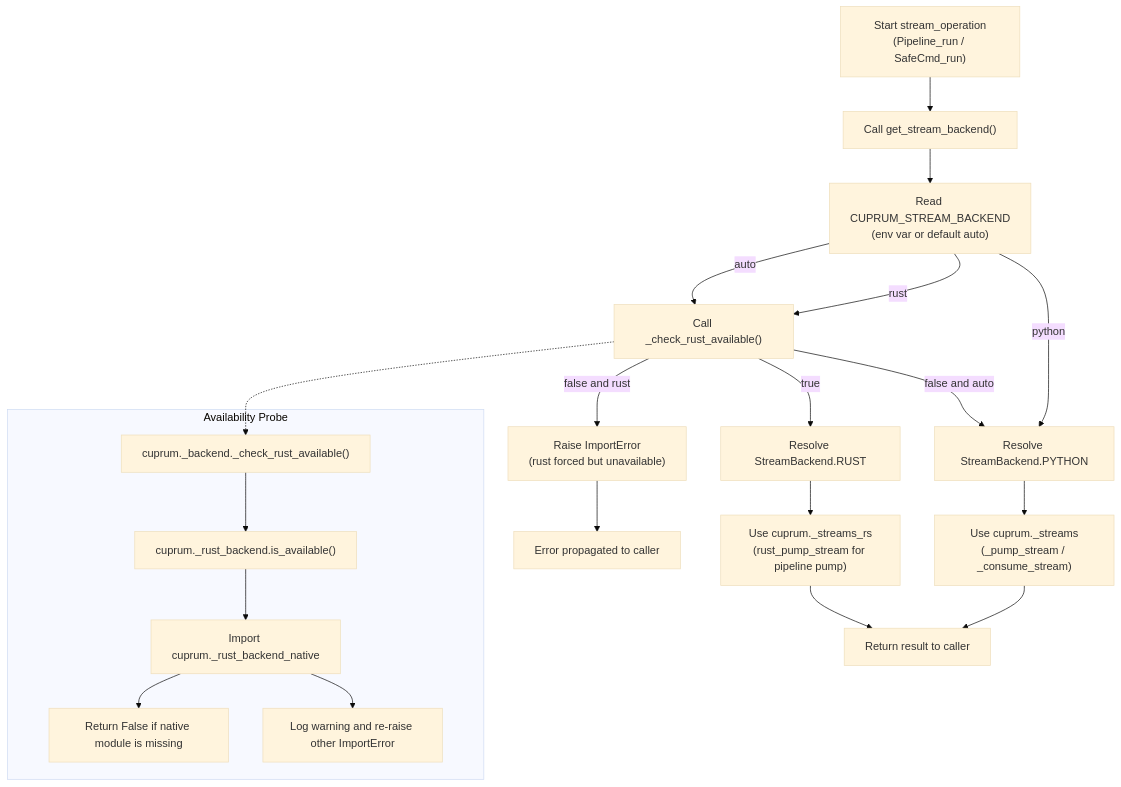
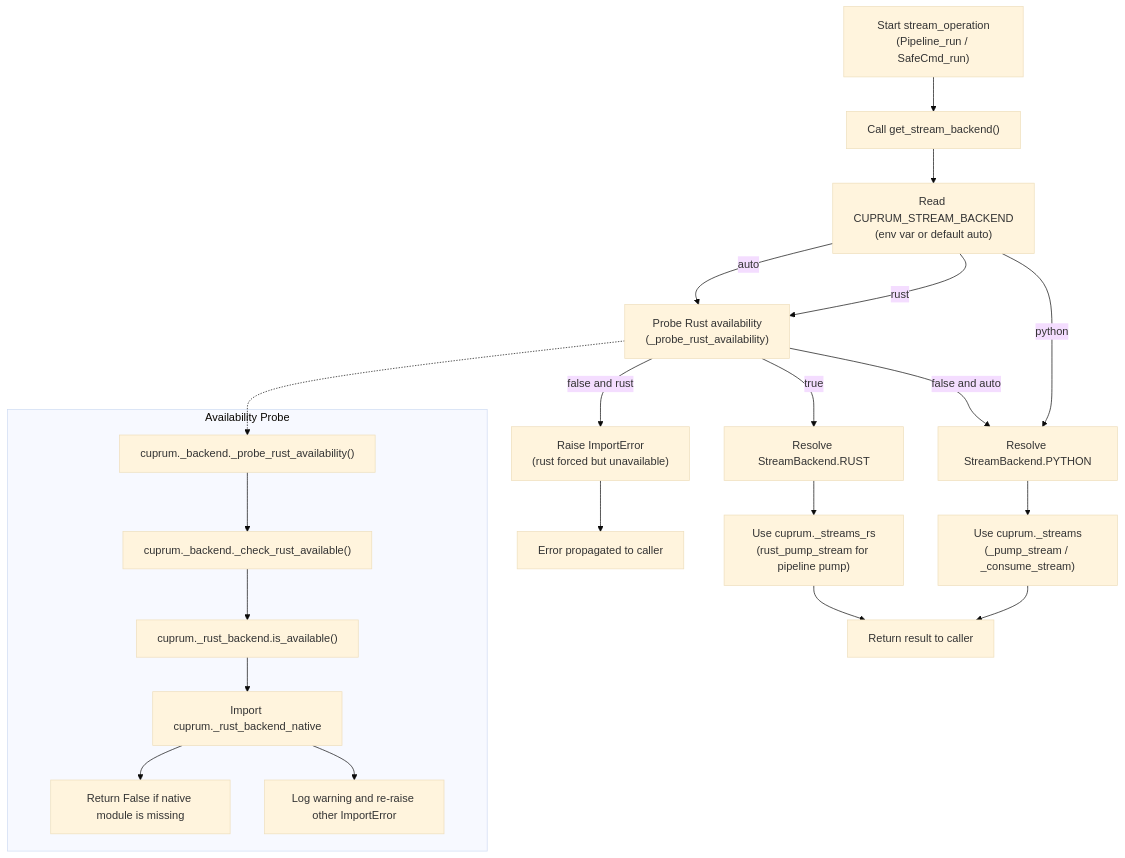
One commit to leynos/cuprum changed the eighth of 8 diagrams in docs/cuprum-design.md. Above: the diagram before and after it, drawn with Mermaid (base theme). The commit also changed other lines of this file and 7 other files, not shown here.

````diff
--- a/docs/cuprum-design.md
+++ b/docs/cuprum-design.md
@@ -1947,38 +1957,40 @@
 ```mermaid
 flowchart TD
     A["Start stream_operation
 (Pipeline_run / SafeCmd_run)"] --> B["Call get_stream_backend()"]
     B --> C["Read CUPRUM_STREAM_BACKEND
 (env var or default auto)"]
 
     C -->|"python"| D["Resolve StreamBackend.PYTHON"]
-    C -->|"rust"| E["Call _check_rust_available()"]
+    C -->|"rust"| E["Probe Rust availability
+(_probe_rust_availability)"]
     C -->|"auto"| E
 
     E -->|"true"| F["Resolve StreamBackend.RUST"]
     E -->|"false and rust"| G["Raise ImportError
 (rust forced but unavailable)"]
     E -->|"false and auto"| D
 
     D --> H["Use cuprum._streams
 (_pump_stream / _consume_stream)"]
     F --> I["Use cuprum._streams_rs
 (rust_pump_stream for pipeline pump)"]
 
     H --> J["Return result to caller"]
     I --> J
     G --> K["Error propagated to caller"]
 
     subgraph Availability Probe
+        Q["cuprum._backend._probe_rust_availability()"]
         L["cuprum._backend._check_rust_available()"]
         M["cuprum._rust_backend.is_available()"]
         N["Import cuprum._rust_backend_native"]
         O["Return False if native module is missing"]
         P["Log warning and re-raise other ImportError"]
     end
 
-    E -.-> L
-    L --> M --> N
+    E -.-> Q
+    Q --> L --> M --> N
     N --> O
     N --> P
 ```
````
